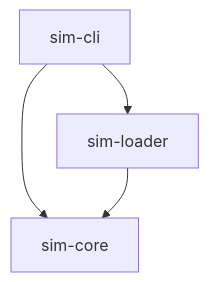
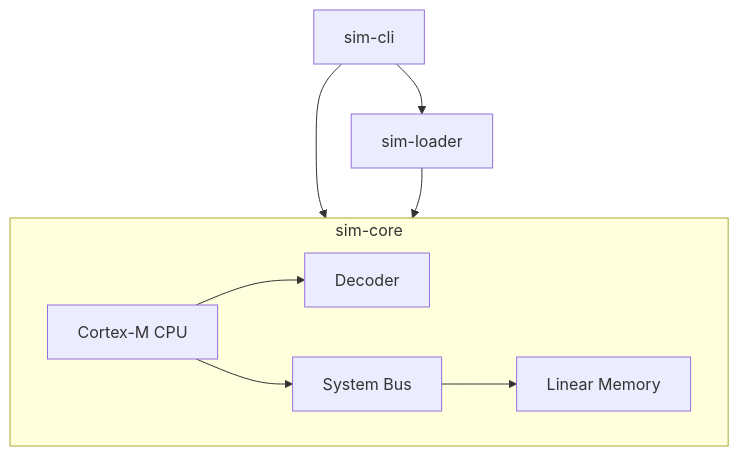
One commit to w1ne/labwired changed the diagram in docs/architecture.md. Above: the diagram before and after it, drawn with Mermaid. The commit also changed other lines of this file, not shown here.

Commit message:
docs: update architecture with v0.1.0 implementation details

````diff
--- a/docs/architecture.md
+++ b/docs/architecture.md
@@ -7,6 +7,17 @@
 ```mermaid
 graph TD
     CLI[sim-cli] --> Loader[sim-loader]
     CLI --> Core[sim-core]
     Loader --> Core
+    
+    subgraph Core [sim-core]
+        CPU[Cortex-M CPU]
+        Bus[System Bus]
+        Dec[Decoder]
+        Mem[Linear Memory]
+        
+        CPU --> Dec
+        CPU --> Bus
+        Bus --> Mem
+    end
 ```
````
